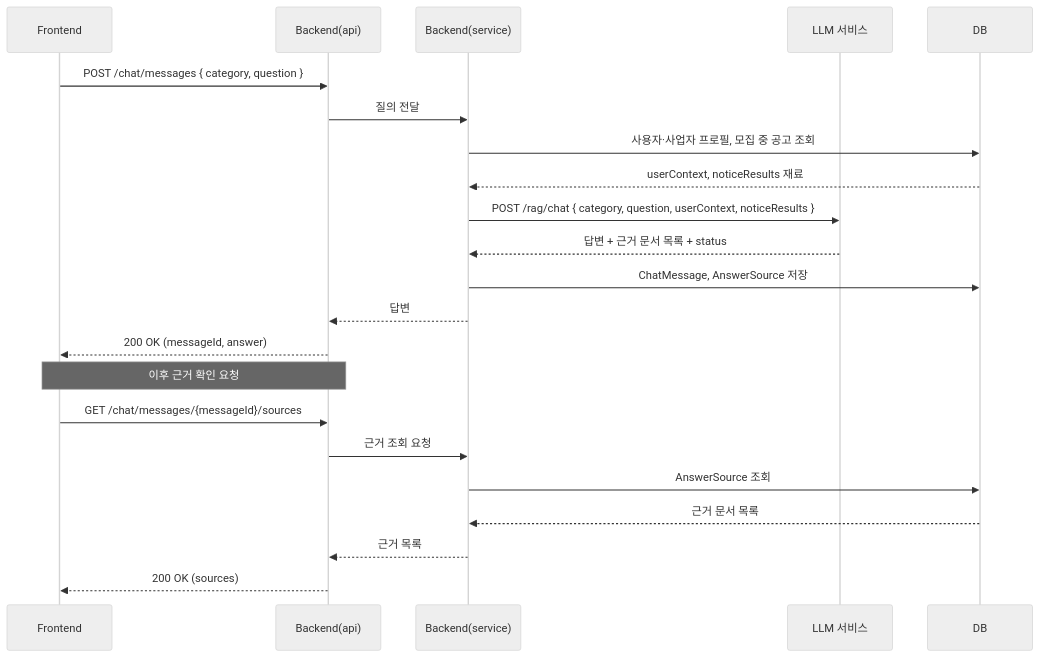
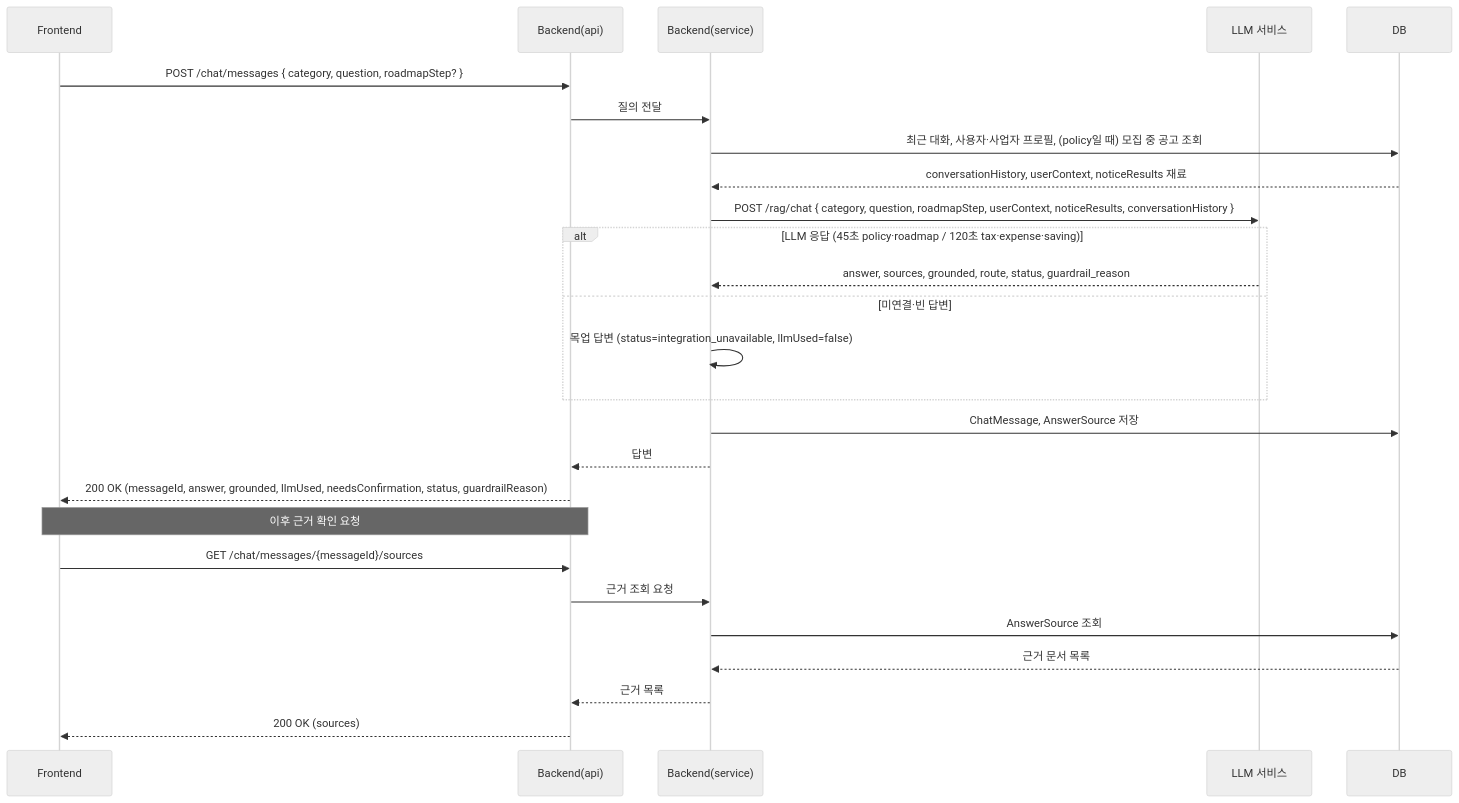
The second of 4 diagrams in Docs/Design/SEQUENCE.md (SKNETWORKS-FAMILY-AICAMP/SKN34-3rd-3Team), drawn with Mermaid (neutral theme) before and after one commit. The commit also changed other lines of this file and 19 other files, not shown here.

````diff
--- a/Docs/Design/SEQUENCE.md
+++ b/Docs/Design/SEQUENCE.md
@@ -31,26 +39,30 @@
 ```mermaid
 sequenceDiagram
     participant FE as Frontend
     participant API as Backend(api)
     participant SVC as Backend(service)
     participant LLM as LLM 서비스
     participant DB as DB
 
-    FE->>API: POST /chat/messages { category, question }
+    FE->>API: POST /chat/messages { category, question, roadmapStep? }
     API->>SVC: 질의 전달
-    SVC->>DB: 사용자·사업자 프로필, 모집 중 공고 조회
-    DB-->>SVC: userContext, noticeResults 재료
-    SVC->>LLM: POST /rag/chat { category, question, userContext, noticeResults }
-    LLM-->>SVC: 답변 + 근거 문서 목록 + status
+    SVC->>DB: 최근 대화, 사용자·사업자 프로필, (policy일 때) 모집 중 공고 조회
+    DB-->>SVC: conversationHistory, userContext, noticeResults 재료
+    SVC->>LLM: POST /rag/chat { category, question, roadmapStep, userContext, noticeResults, conversationHistory }
+    alt LLM 응답 (45초 policy·roadmap / 120초 tax·expense·saving)
+        LLM-->>SVC: answer, sources, grounded, route, status, guardrail_reason
+    else 미연결·빈 답변
+        SVC->>SVC: 목업 답변 (status=integration_unavailable, llmUsed=false)
+    end
     SVC->>DB: ChatMessage, AnswerSource 저장
     SVC-->>API: 답변
-    API-->>FE: 200 OK (messageId, answer)
+    API-->>FE: 200 OK (messageId, answer, grounded, llmUsed, needsConfirmation, status, guardrailReason)
 
     Note over FE,API: 이후 근거 확인 요청
     FE->>API: GET /chat/messages/{messageId}/sources
     API->>SVC: 근거 조회 요청
     SVC->>DB: AnswerSource 조회
     DB-->>SVC: 근거 문서 목록
     SVC-->>API: 근거 목록
     API-->>FE: 200 OK (sources)
 ```
````
